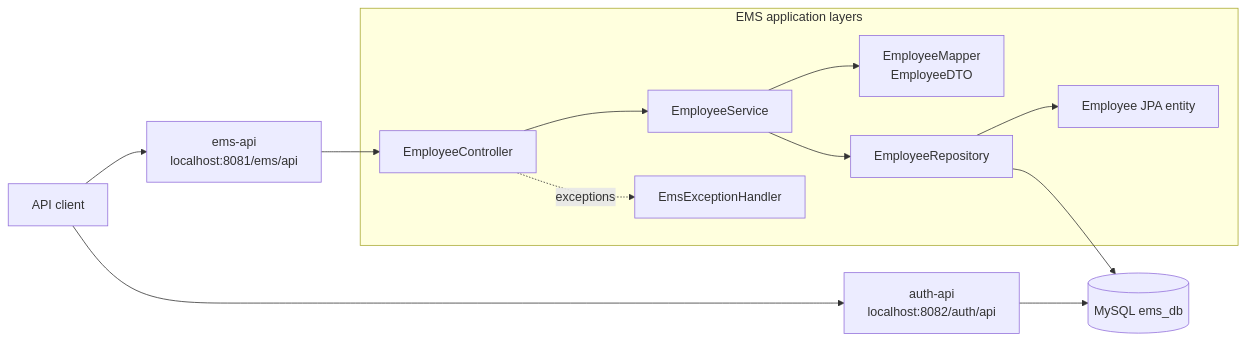
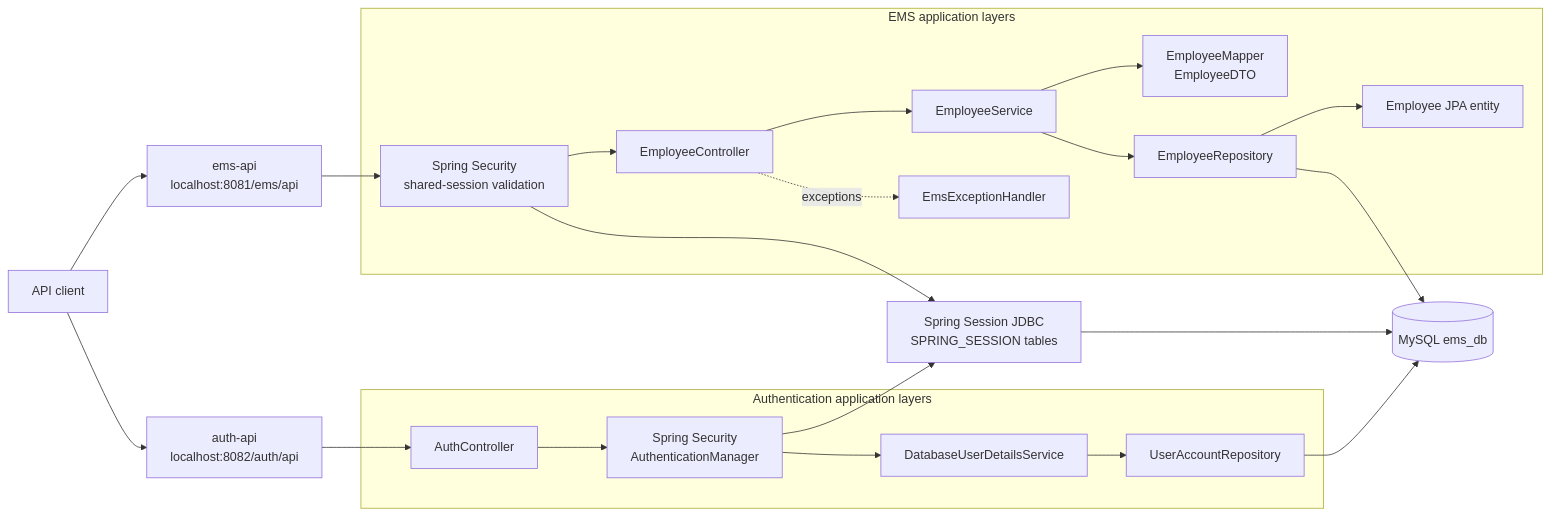
The diagram in README.md (hunchmen/via-enterprise), drawn with Mermaid before and after one commit. The commit also changed other lines of this file and 30 other files, not shown here.

Commit message:
feat(auth): implement shared-session authentication

````diff
--- a/README.md
+++ b/README.md
@@ -36,24 +40,43 @@
 ```mermaid
 flowchart LR
     Client[API client] --> EMS["ems-api<br/>localhost:8081/ems/api"]
     Client --> Auth["auth-api<br/>localhost:8082/auth/api"]
 
     subgraph EMSLayers["EMS application layers"]
+        EmsSecurity["Spring Security<br/>shared-session validation"]
         Controller[EmployeeController]
         Service[EmployeeService]
         Mapping["EmployeeMapper<br/>EmployeeDTO"]
         Repository[EmployeeRepository]
         Entity["Employee JPA entity"]
         Errors["EmsExceptionHandler"]
 
+        EmsSecurity --> Controller
         Controller --> Service
         Service --> Mapping
         Service --> Repository
         Repository --> Entity
         Controller -. exceptions .-> Errors
     end
 
-    EMS --> Controller
+    subgraph AuthLayers["Authentication application layers"]
+        AuthController[AuthController]
+        Security["Spring Security<br/>AuthenticationManager"]
+        UserDetails[DatabaseUserDetailsService]
+        UserRepository[UserAccountRepository]
+
+        AuthController --> Security
+        Security --> UserDetails
+        UserDetails --> UserRepository
+    end
+
+    SharedSession["Spring Session JDBC<br/>SPRING_SESSION tables"]
+
+    EMS --> EmsSecurity
+    Auth --> AuthController
+    Security --> SharedSession
+    EmsSecurity --> SharedSession
     Repository --> Database[(MySQL ems_db)]
-    Auth --> Database
+    UserRepository --> Database
+    SharedSession --> Database
 ```
````
